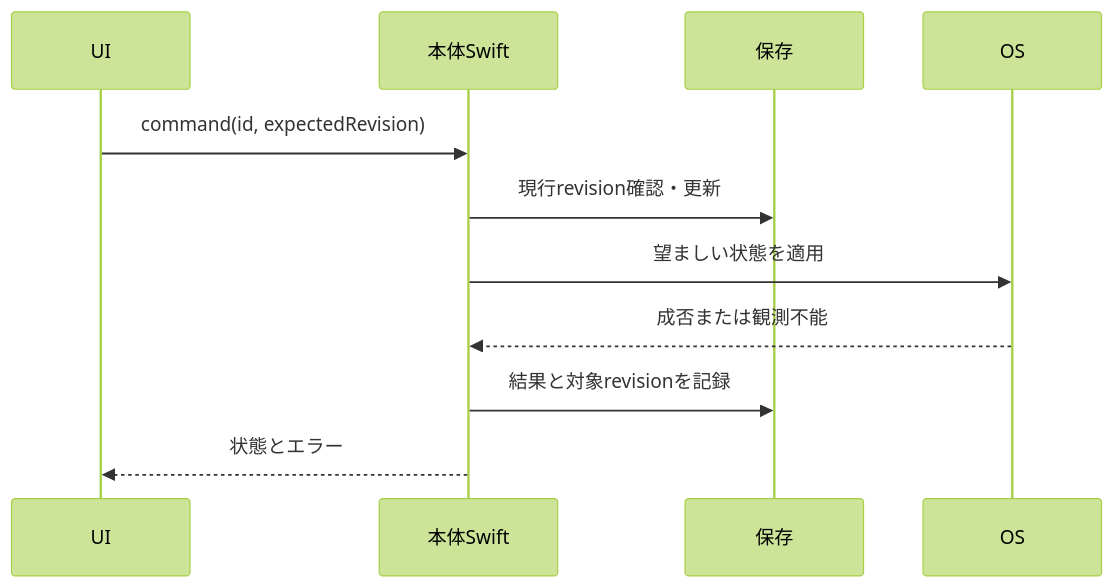
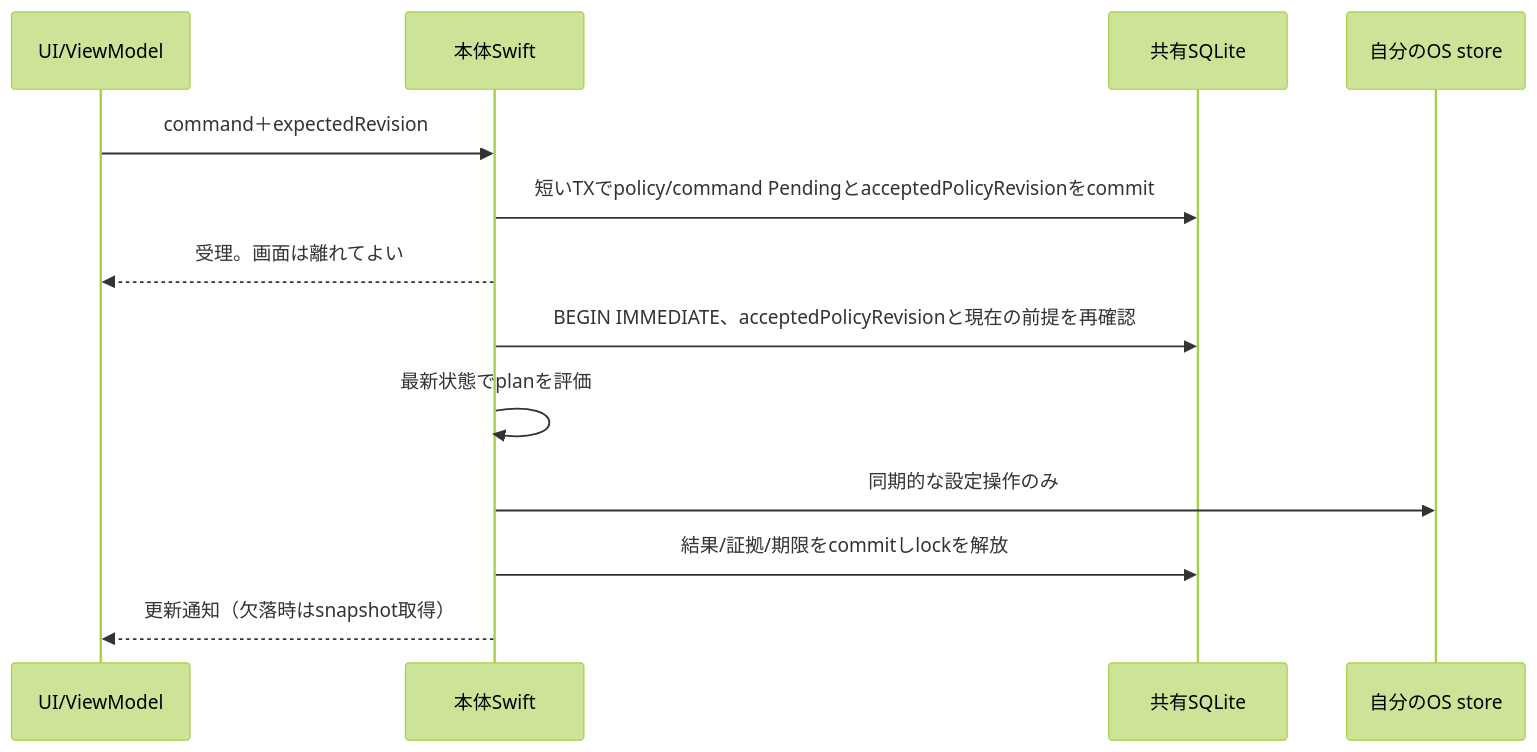
One commit to kzk-maeda/itoma changed the second of 2 diagrams in docs/system/architecture.md. Above: the diagram before and after it, drawn with Mermaid (forest theme). The commit also changed other lines of this file and 12 other files, not shown here.

Commit message:
docs: propose core domain rules architecture and persistence design

````diff
--- a/docs/system/architecture.md
+++ b/docs/system/architecture.md
@@ -31,13 +53,15 @@
 ```mermaid
 sequenceDiagram
-  participant U as UI
+  participant UI as UI/ViewModel
   participant N as 本体Swift
-  participant S as 保存
-  participant O as OS
-  U->>N: command(id, expectedRevision)
-  N->>S: 現行revision確認・更新
-  N->>O: 望ましい状態を適用
-  O-->>N: 成否または観測不能
-  N->>S: 結果と対象revisionを記録
-  N-->>U: 状態とエラー
+  participant DB as 共有SQLite
+  participant OS as 自分のOS store
+  UI->>N: command＋expectedRevision
+  N->>DB: 短いTXでpolicy/command PendingとacceptedPolicyRevisionをcommit
+  N-->>UI: 受理。画面は離れてよい
+  N->>DB: BEGIN IMMEDIATE、acceptedPolicyRevisionと現在の前提を再確認
+  N->>N: 最新状態でplanを評価
+  N->>OS: 同期的な設定操作のみ
+  N->>DB: 結果/証拠/期限をcommitしlockを解放
+  N-->>UI: 更新通知（欠落時はsnapshot取得）
 ```
````
